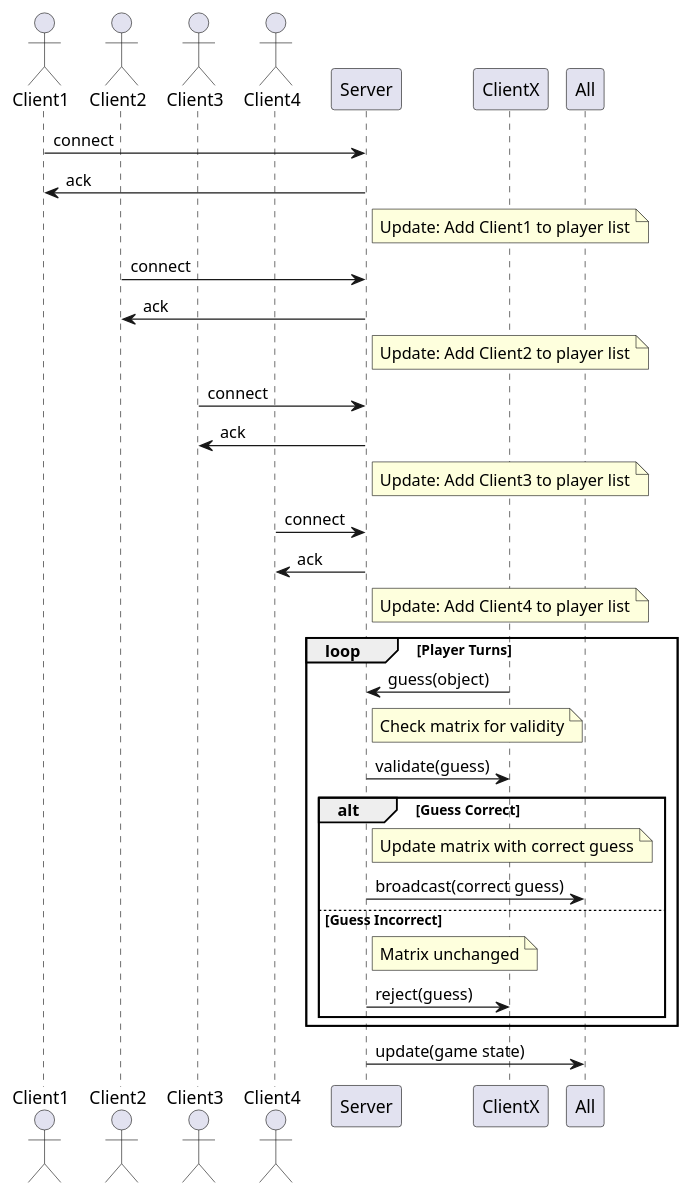
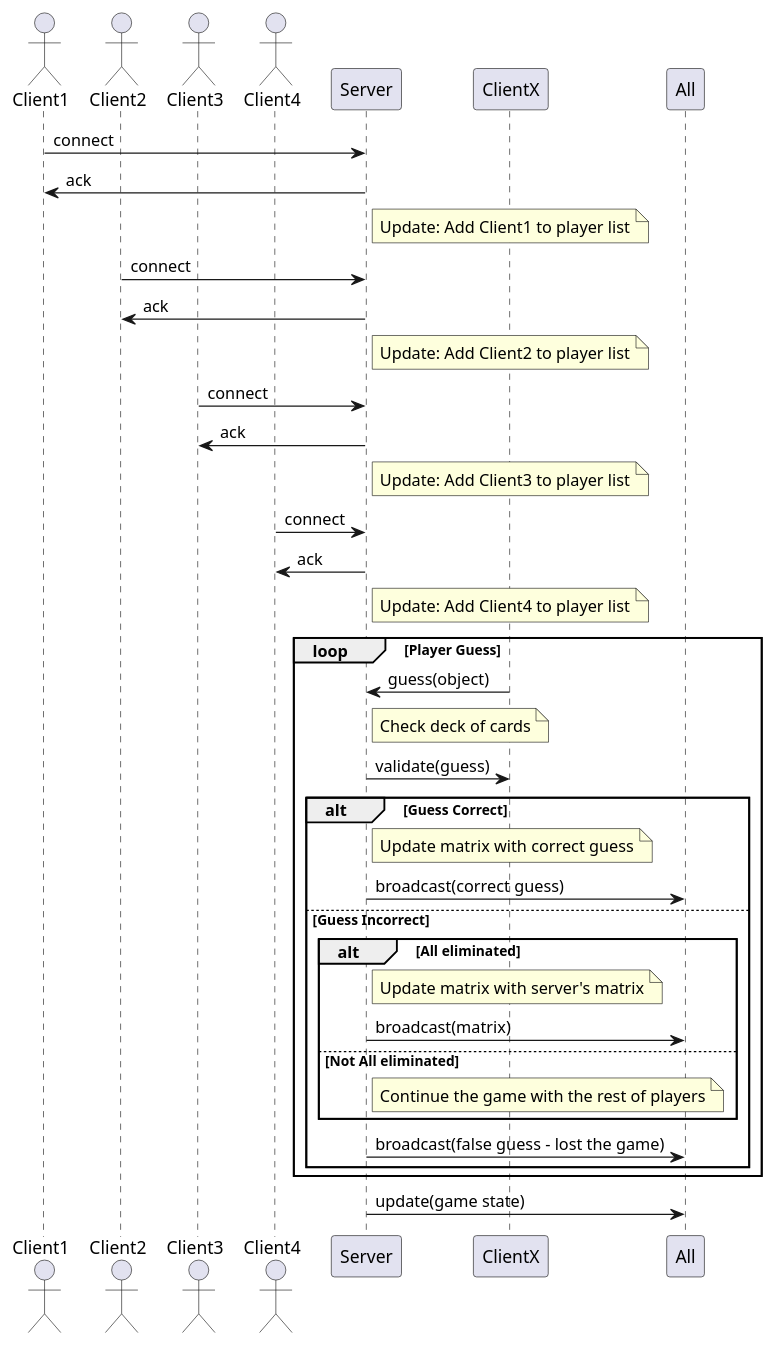
Before and after one commit to vskarleas/SH13-Network-Game: the diagram in UML/network.plantuml, drawn with PlantUML. The commit also changed 2 other files, not shown here.

```diff
--- a/UML/network.plantuml
+++ b/UML/network.plantuml
@@ -1,35 +1,40 @@
 @startuml
 actor Client1
 actor Client2
 actor Client3
 actor Client4
 participant Server
 
 Client1 -> Server: connect
 Server -> Client1: ack
 note right of Server: Update: Add Client1 to player list
 Client2 -> Server: connect
 Server -> Client2: ack
 note right of Server: Update: Add Client2 to player list
 Client3 -> Server: connect
 Server -> Client3: ack
 note right of Server: Update: Add Client3 to player list
 Client4 -> Server: connect
 Server -> Client4: ack
 note right of Server: Update: Add Client4 to player list
 
-loop Player Turns
+loop Player Guess
     ClientX -> Server: guess(object)
-    note right of Server: Check matrix for validity
+    note right of Server: Check deck of cards
     Server -> ClientX: validate(guess)
     alt Guess Correct
         note right of Server: Update matrix with correct guess
         Server -> All: broadcast(correct guess)
     else Guess Incorrect
-        note right of Server: Matrix unchanged
-        Server -> ClientX: reject(guess)
+        alt All eliminated
+            note right of Server: Update matrix with server's matrix
+            Server -> All: broadcast(matrix)
+        else Not All eliminated
+            note right of Server: Continue the game with the rest of players
+        end
+        Server -> All: broadcast(false guess - lost the game)
     end
 end
 
 Server -> All: update(game state)
 @enduml
```
